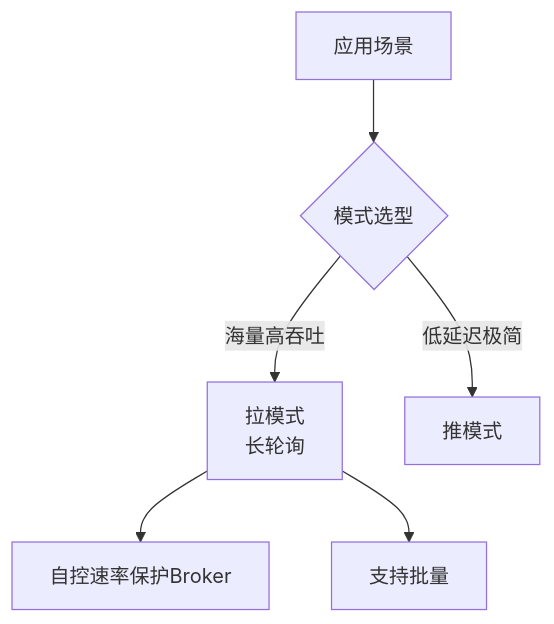
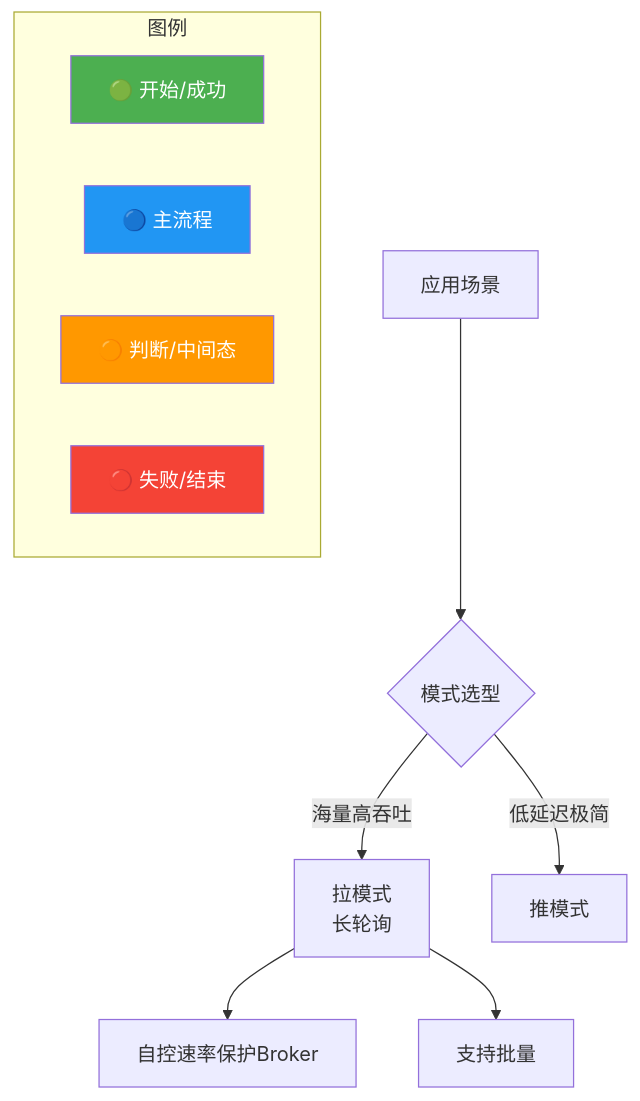
One commit to SunArthur86/interview-2026 changed the diagram in questions/middleware/mq-013.md. Above: the diagram before and after it, drawn with Mermaid. The commit also changed other lines of this file and 3180 other files, not shown here.

First line of the commit message:
Mermaid颜色增强99% + 面试频率分类(高频1571/中频1115/低频461)

````diff
--- a/questions/middleware/mq-013.md
+++ b/questions/middleware/mq-013.md
@@ -157,8 +158,27 @@
 ```mermaid
 flowchart TD
+    classDef start fill:#4CAF50,color:#fff
+    classDef process fill:#2196F3,color:#fff
+    classDef decision fill:#FF9800,color:#fff
+    classDef special fill:#9C27B0,color:#fff
+    classDef error fill:#f44336,color:#fff
+    classDef info fill:#607D8B,color:#fff
+    class Batch start
+    class Choice process
+    class Pull decision
+    class Push special
+    class Scene error
+    class SelfRate info
+    class br start
     Scene[应用场景] --> Choice{模式选型}
     Choice -->|海量高吞吐| Pull[拉模式<br/>长轮询]
     Choice -->|低延迟极简| Push[推模式]
     Pull --> SelfRate[自控速率保护Broker]
     Pull --> Batch[支持批量]
+    subgraph Legend["图例"]
+        L1["🟢 开始/成功"]:::start
+        L2["🔵 主流程"]:::process
+        L3["🟠 判断/中间态"]:::decision
+        L4["🔴 失败/结束"]:::error
+    end
 ```
````
